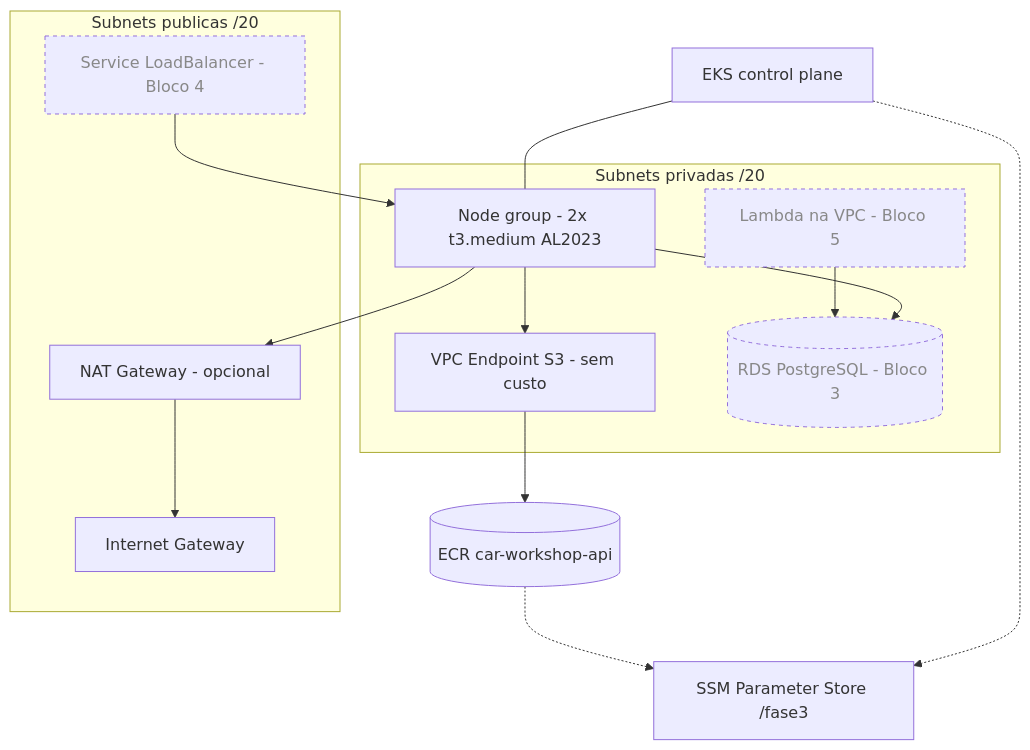
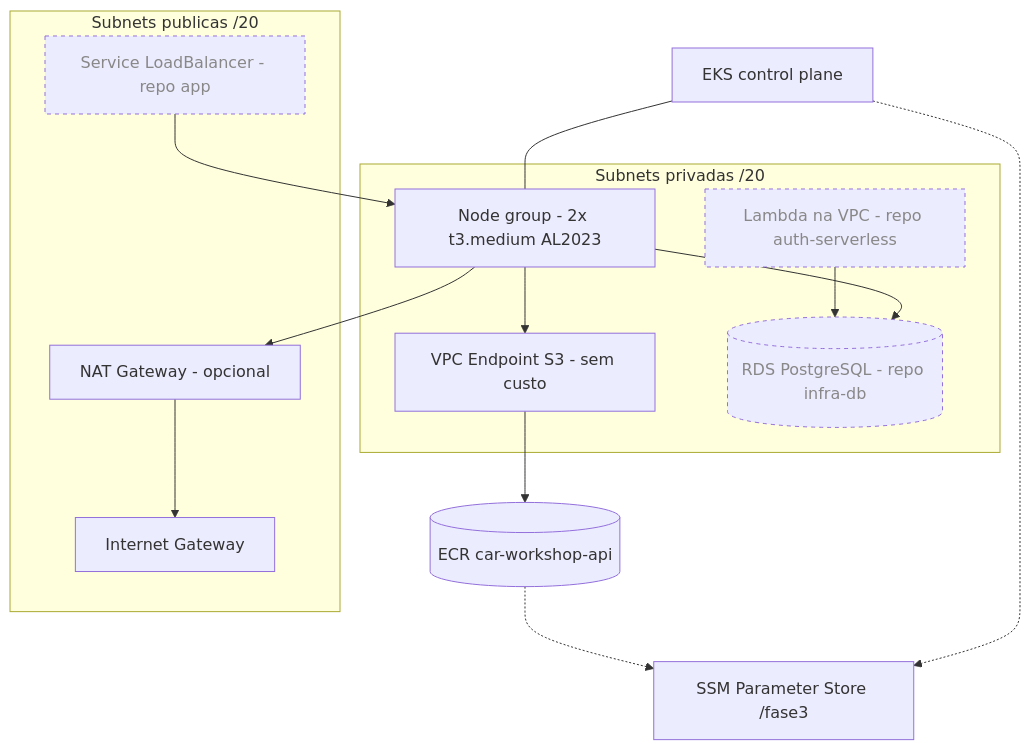
One commit to CleytonOngaratto/fiap-fase3-infra-k8s changed the diagram in README.md. Above: the diagram before and after it, drawn with Mermaid. The commit also changed other lines of this file and 1 other file, not shown here.

````diff
--- a/README.md
+++ b/README.md
@@ -20,33 +20,33 @@
 ```mermaid
 flowchart TB
     EKS["EKS control plane"]
     ECR[("ECR car-workshop-api")]
     SSM["SSM Parameter Store /fase3"]
 
     subgraph PUB["Subnets publicas /20"]
-        CLB["Service LoadBalancer - Bloco 4"]
+        CLB["Service LoadBalancer - repo app"]
         NAT["NAT Gateway - opcional"]
         IGW["Internet Gateway"]
     end
 
     subgraph PRIV["Subnets privadas /20"]
         NODES["Node group - 2x t3.medium AL2023"]
         S3EP["VPC Endpoint S3 - sem custo"]
-        RDS[("RDS PostgreSQL - Bloco 3")]
-        LBD["Lambda na VPC - Bloco 5"]
+        RDS[("RDS PostgreSQL - repo infra-db")]
+        LBD["Lambda na VPC - repo auth-serverless"]
     end
 
     EKS --- NODES
     CLB --> NODES
     NODES --> RDS
     LBD --> RDS
     NODES --> S3EP
     S3EP --> ECR
     NODES --> NAT
     NAT --> IGW
     EKS -.-> SSM
     ECR -.-> SSM
 
     classDef outro stroke-dasharray:4 4,color:#888
     class CLB,RDS,LBD outro
 ```
````
